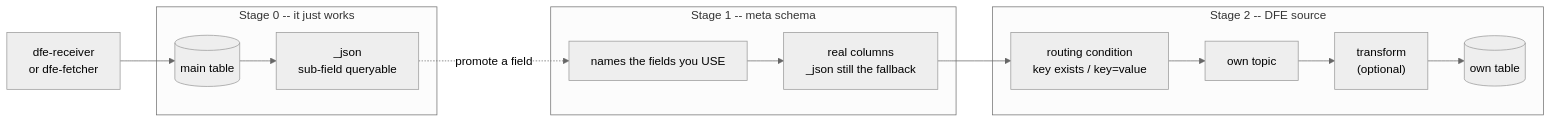
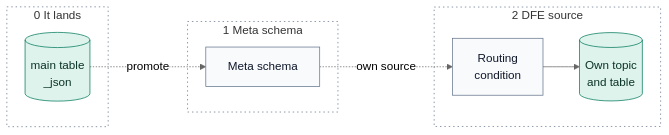
Before and after one commit to hyperi-io/dfe-engine: the first of 3 diagrams in docs/data-evolution.md, drawn with Mermaid (neutral theme). The commit also changed other lines of this file and 71 other files, not shown here.

First line of the commit message:
docs(engine): fix 159 claims and redraw every diagram

````diff
--- a/docs/data-evolution.md
+++ b/docs/data-evolution.md
@@ -25,28 +25,26 @@
 ```mermaid
 flowchart LR
-    IN["dfe-receiver<br/>or dfe-fetcher"]
+    accTitle: L4 Detail -- Data evolution stages
+    accDescr: In stage 0 dfe-receiver or dfe-fetcher lands data in the main table as _json. Promoting fields gives the source a meta schema in stage 1. In stage 2 the source gets a routing condition and its own topic and table, with an optional transform.
 
-    subgraph S0["Stage 0 -- it just works"]
-        MAIN[("main table")]
-        JSON["_json<br/>sub-field queryable"]
-        MAIN --> JSON
+    subgraph s0["0 It lands"]
+        main[("main table<br/>_json")]
+    end
+    subgraph s1["1 Meta schema"]
+        meta["Meta schema"]
+    end
+    subgraph s2["2 DFE source"]
+        route["Routing<br/>condition"]
+        own[("Own topic<br/>and table")]
     end
 
-    subgraph S1["Stage 1 -- meta schema"]
-        META["names the fields you USE"]
-        COLS["real columns<br/>_json still the fallback"]
-        META --> COLS
-    end
+    main -.->|promote| meta
+    meta -.->|own source| route
+    route --> own
 
-    subgraph S2["Stage 2 -- DFE source"]
-        ROUTE["routing condition<br/>key exists / key=value"]
-        TOPIC["own topic"]
-        XFORM["transform<br/>(optional)"]
-        OWN[("own table")]
-        ROUTE --> TOPIC --> XFORM --> OWN
-    end
-
-    IN --> MAIN
-    JSON -."promote a field".-> META
-    COLS --> ROUTE
+    classDef default fill:#F8FAFC,stroke:#64748B,stroke-width:1px,color:#0F172A
+    classDef store fill:#DDF3EC,stroke:#00785A,stroke-width:1px,color:#0B3327
+    classDef group fill:none,stroke:#64748B,stroke-width:1px,stroke-dasharray:2 4
+    class main,own store
+    class s0,s1,s2 group
 ```
````
